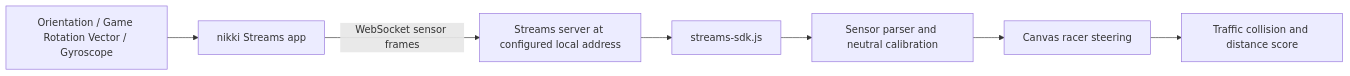
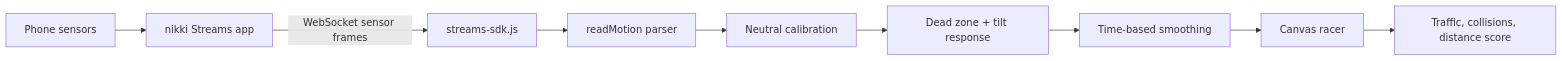
Before and after one commit to Jateen07/tilt-car-racer: the diagram in POC.md, drawn with Mermaid. The commit also changed other lines of this file and 1 other file, not shown here.

Commit message:
Document Tilt Racer proof of concept

````diff
--- a/POC.md
+++ b/POC.md
@@ -9,9 +37,11 @@
 ```mermaid
 flowchart LR
-  A[Orientation / Game Rotation Vector / Gyroscope] --> B[nikki Streams app]
-  B -->|WebSocket sensor frames| C[Streams server at configured local address]
-  C --> D[streams-sdk.js]
-  D --> E[Sensor parser and neutral calibration]
-  E --> F[Canvas racer steering]
-  F --> G[Traffic collision and distance score]
+    Phone[Phone sensors] --> Streams[nikki Streams app]
+    Streams -->|WebSocket sensor frames| SDK[streams-sdk.js]
+    SDK --> Parser[readMotion parser]
+    Parser --> Cal[Neutral calibration]
+    Cal --> Map[Dead zone + tilt response]
+    Map --> Filter[Time-based smoothing]
+    Filter --> Game[Canvas racer]
+    Game --> Score[Traffic, collisions, distance score]
 ```
````
